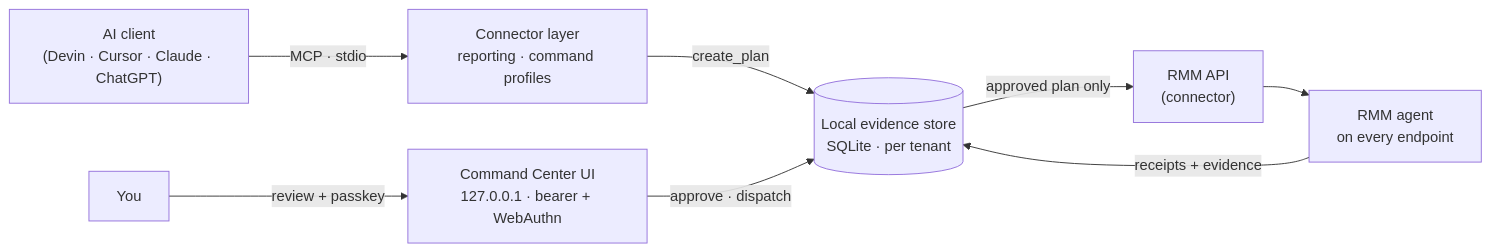
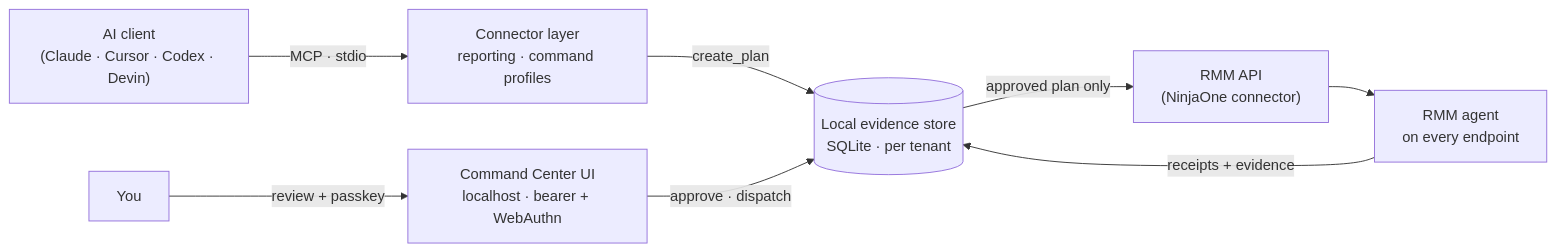
The diagram in README.md (Solve4x-ai/Keyturn), drawn with Mermaid before and after one commit. The commit also changed other lines of this file and 63 other files, not shown here.

````diff
--- a/README.md
+++ b/README.md
@@ -55,10 +57,10 @@
 ```mermaid
 flowchart LR
-    AI["AI client<br/>(Devin · Cursor · Claude · ChatGPT)"] -- "MCP · stdio" --> MCP["Connector layer<br/>reporting · command profiles"]
+    AI["AI client<br/>(Claude · Cursor · Codex · Devin)"] -- "MCP · stdio" --> MCP["Connector layer<br/>reporting · command profiles"]
     MCP -- "create_plan" --> Store[("Local evidence store<br/>SQLite · per tenant")]
-    Human["You"] -- "review + passkey" --> UI["Command Center UI<br/>127.0.0.1 · bearer + WebAuthn"]
+    Human["You"] -- "review + passkey" --> UI["Command Center UI<br/>localhost · bearer + WebAuthn"]
     UI -- "approve · dispatch" --> Store
-    Store -- "approved plan only" --> RMM["RMM API<br/>(connector)"]
+    Store -- "approved plan only" --> RMM["RMM API<br/>(NinjaOne connector)"]
     RMM --> Agents["RMM agent<br/>on every endpoint"]
     Agents -- "receipts + evidence" --> Store
 ```
````
